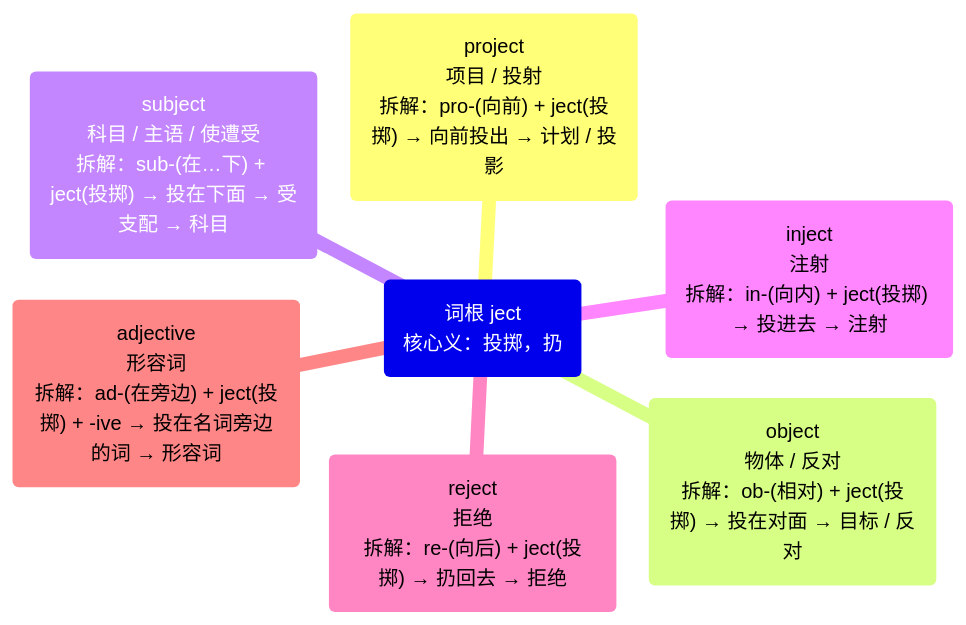
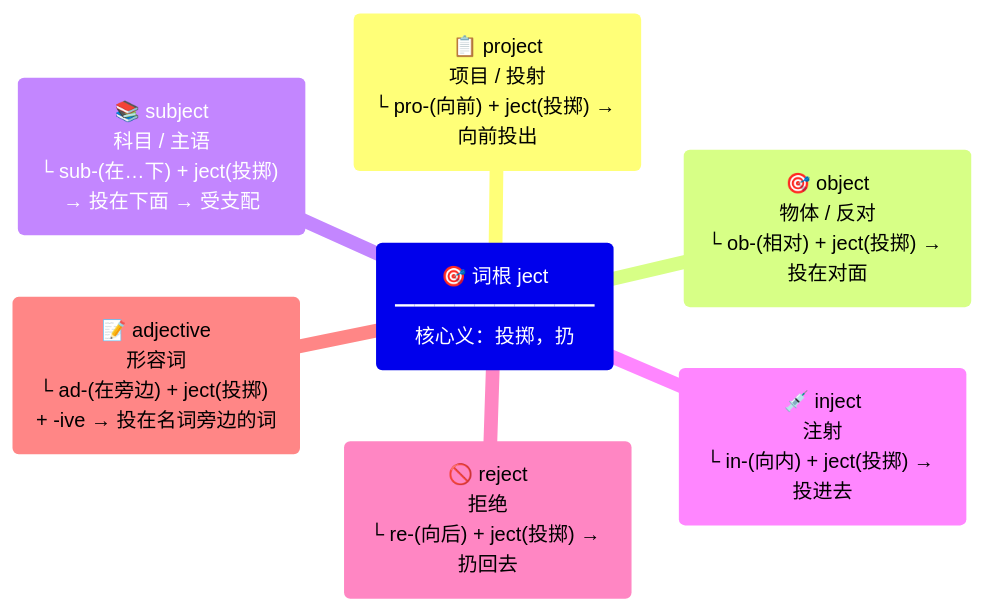
Before and after one commit to suhuide/h: the eighth of 31 diagrams in files/other/e.md, drawn with Mermaid. The commit also changed other lines of this file, not shown here.

````diff
--- a/files/other/e.md
+++ b/files/other/e.md
@@ -81,10 +81,10 @@
 ```mermaid
 mindmap
-  root("词根 ject<br>核心义：投掷，扔")
-    project("project<br>项目 / 投射<br>拆解：pro-(向前) + ject(投掷) → 向前投出 → 计划 / 投影")
-    object("object<br>物体 / 反对<br>拆解：ob-(相对) + ject(投掷) → 投在对面 → 目标 / 反对")
-    subject("subject<br>科目 / 主语 / 使遭受<br>拆解：sub-(在…下) + ject(投掷) → 投在下面 → 受支配 → 科目")
-    inject("inject<br>注射<br>拆解：in-(向内) + ject(投掷) → 投进去 → 注射")
-    reject("reject<br>拒绝<br>拆解：re-(向后) + ject(投掷) → 扔回去 → 拒绝")
-    adjective("adjective<br>形容词<br>拆解：ad-(在旁边) + ject(投掷) + -ive → 投在名词旁边的词 → 形容词")
+  root("🎯 词根 ject<br>━━━━━━━━━━<br>核心义：投掷，扔")
+    project("📋 project<br>项目 / 投射<br>└ pro-(向前) + ject(投掷) → 向前投出")
+    object("🎯 object<br>物体 / 反对<br>└ ob-(相对) + ject(投掷) → 投在对面")
+    subject("📚 subject<br>科目 / 主语<br>└ sub-(在…下) + ject(投掷) → 投在下面 → 受支配")
+    inject("💉 inject<br>注射<br>└ in-(向内) + ject(投掷) → 投进去")
+    reject("🚫 reject<br>拒绝<br>└ re-(向后) + ject(投掷) → 扔回去")
+    adjective("📝 adjective<br>形容词<br>└ ad-(在旁边) + ject(投掷) + -ive → 投在名词旁边的词")
 ```
````
